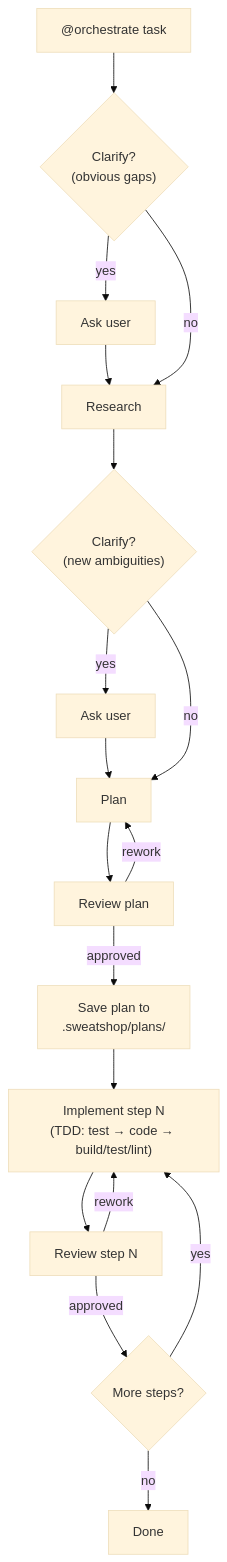
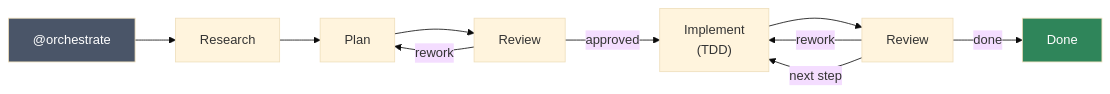
The diagram in README.md (POPFD/claude-sweatshop), drawn with Mermaid (base theme) before and after one commit. The commit also changed other lines of this file, not shown here.

First line of the commit message:
docs: Add install steps, examples, and simplify diagram

````diff
--- a/README.md
+++ b/README.md
@@ -9,20 +58,14 @@
 ```mermaid
-flowchart TD
-    A["@orchestrate task"] --> B{"Clarify?\n(obvious gaps)"}
-    B -->|yes| C[Ask user]
-    C --> D["Research"]
-    B -->|no| D
-    D --> E{"Clarify?\n(new ambiguities)"}
-    E -->|yes| F[Ask user]
-    F --> G["Plan"]
-    E -->|no| G
-    G --> H["Review plan"]
-    H -->|approved| I["Save plan to\n.sweatshop/plans/"]
-    H -->|rework| G
-    I --> J["Implement step N\n(TDD: test → code → build/test/lint)"]
-    J --> K["Review step N"]
-    K -->|approved| L{More steps?}
-    K -->|rework| J
-    L -->|yes| J
-    L -->|no| M["Done"]
+flowchart LR
+    A["@orchestrate"] --> B["Research"] --> C["Plan"]
+    C --> D["Review"]
+    D -->|rework| C
+    D -->|approved| E["Implement\n(TDD)"]
+    E --> F["Review"]
+    F -->|rework| E
+    F -->|next step| E
+    F -->|done| G["Done"]
+
+    style A fill:#4a5568,color:#fff
+    style G fill:#2f855a,color:#fff
 ```
````
